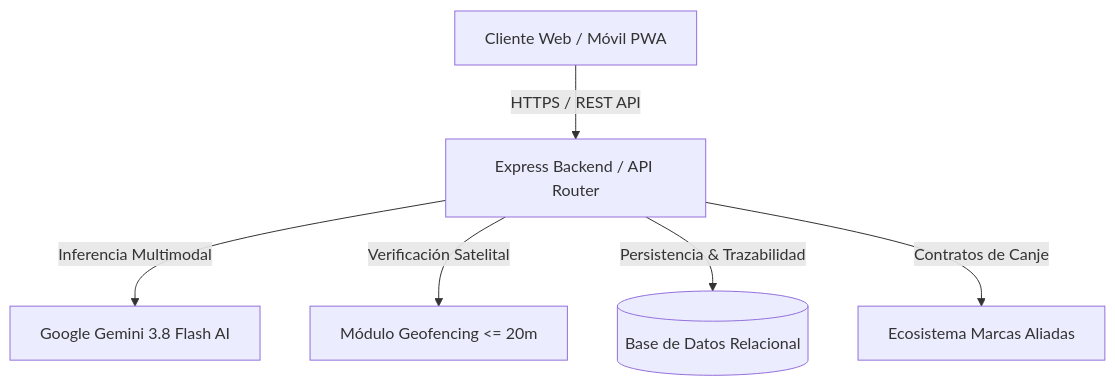
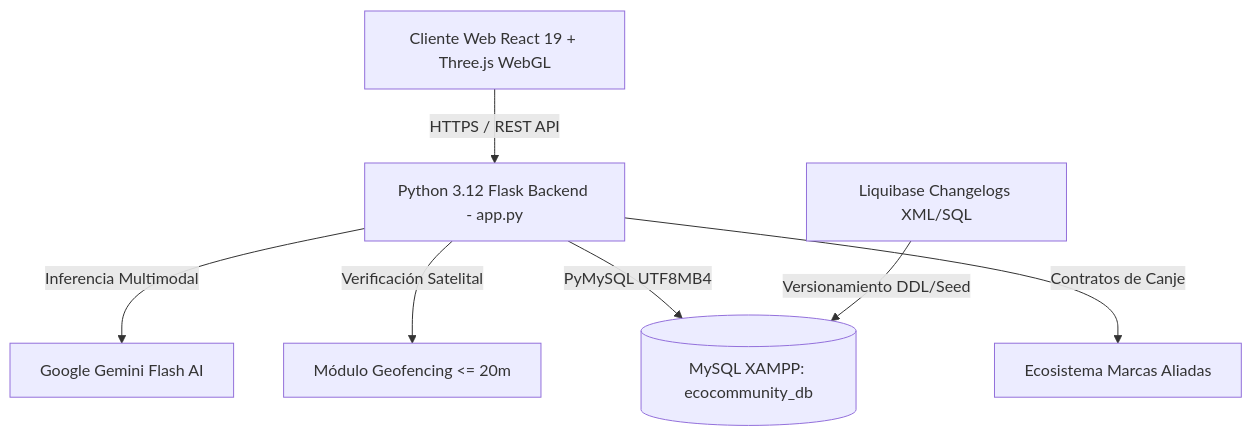
The first of 2 diagrams in docs/SRS_ECOCOMMUNITY.md (vargaspaulavalentina-crypto/ECOCOMUNIDAD), drawn with Mermaid before and after one commit. The commit also changed other lines of this file and 1 other file, not shown here.

Commit message:
docs(srs): completar SRS v2.0 (RF-019 a RF-028, CU-07 a CU-09, stack Python/Flask/MySQL/Liquibase/Three.js y autora Paula Valentina Vargas Andrade)

````diff
--- a/docs/SRS_ECOCOMMUNITY.md
+++ b/docs/SRS_ECOCOMMUNITY.md
@@ -178,8 +179,9 @@
 ```mermaid
 flowchart TD
-    Cliente[Cliente Web / Móvil PWA] -->|HTTPS / REST API| Gateway[Express Backend / API Router]
-    Gateway -->|Inferencia Multimodal| Gemini[Google Gemini 3.8 Flash AI]
+    Cliente[Cliente Web React 19 + Three.js WebGL] -->|HTTPS / REST API| Gateway[Python 3.12 Flask Backend - app.py]
+    Gateway -->|Inferencia Multimodal| Gemini[Google Gemini Flash AI]
     Gateway -->|Verificación Satelital| Haversine[Módulo Geofencing <= 20m]
-    Gateway -->|Persistencia & Trazabilidad| DB[(Base de Datos Relacional)]
+    Gateway -->|PyMySQL UTF8MB4| DB[(MySQL XAMPP: ecocommunity_db)]
+    Liquibase[Liquibase Changelogs XML/SQL] -->|Versionamiento DDL/Seed| DB
     Gateway -->|Contratos de Canje| Marcas[Ecosistema Marcas Aliadas]
 ```
````
